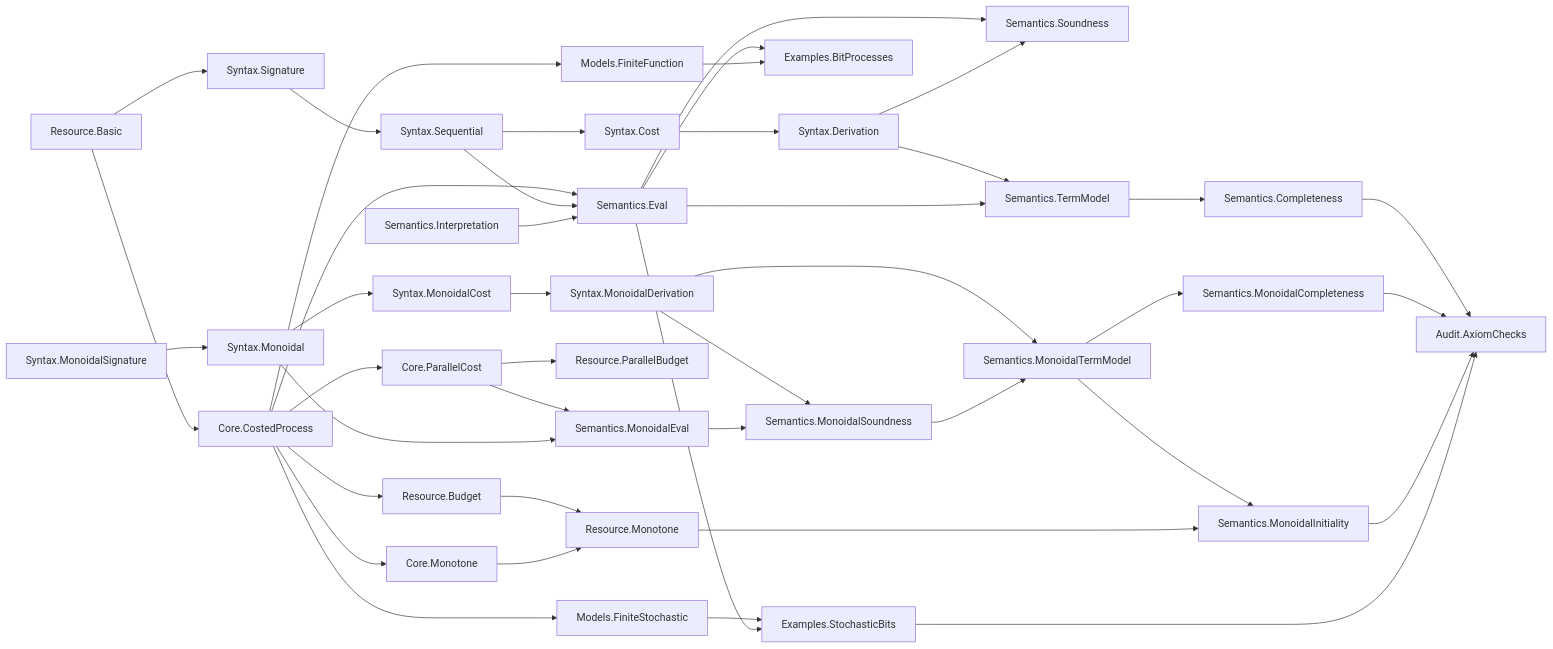
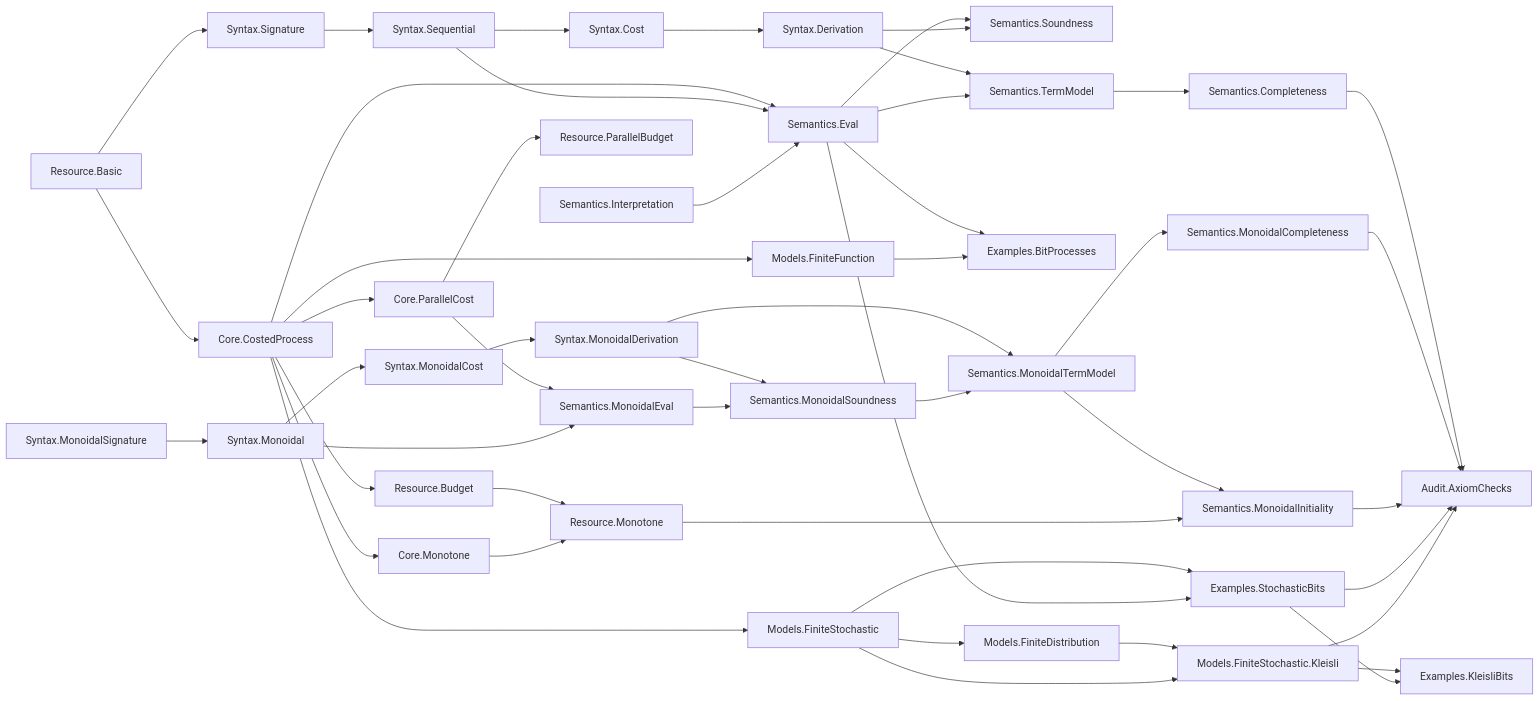
One commit to miuchan/ript changed the diagram in BLUEPRINT.md. Above: the diagram before and after it, drawn with Mermaid. The commit also changed other lines of this file and 13 other files, not shown here.

Commit message:
Prove the finite Kleisli equivalence (#4)

````diff
--- a/BLUEPRINT.md
+++ b/BLUEPRINT.md
@@ -9,44 +9,50 @@
 ```mermaid
 flowchart LR
   Resource["Resource.Basic"] --> Costed["Core.CostedProcess"]
   Costed --> Budget["Resource.Budget"]
   Resource --> Signature["Syntax.Signature"]
   Signature --> Sequential["Syntax.Sequential"]
   Sequential --> Cost["Syntax.Cost"]
   Cost --> Derivation["Syntax.Derivation"]
   Costed --> Eval["Semantics.Eval"]
   Sequential --> Eval
   Interpretation["Semantics.Interpretation"] --> Eval
   Eval --> Soundness["Semantics.Soundness"]
   Derivation --> Soundness
   Derivation --> TermModel["Semantics.TermModel"]
   Eval --> TermModel
   TermModel --> Completeness["Semantics.Completeness"]
   Costed --> FiniteFunction["Models.FiniteFunction"]
   Eval --> BitProcesses["Examples.BitProcesses"]
   FiniteFunction --> BitProcesses["Examples.BitProcesses"]
   Completeness --> Audit["Audit.AxiomChecks"]
   Costed --> ParallelCost["Core.ParallelCost"]
   Costed --> Monotone["Core.Monotone"]
   Budget --> ResourceMonotone["Resource.Monotone"]
   Monotone --> ResourceMonotone
   ParallelCost --> ParallelBudget["Resource.ParallelBudget"]
   MonoidalSignature["Syntax.MonoidalSignature"] --> MonoidalExpr["Syntax.Monoidal"]
   MonoidalExpr --> MonoidalCost["Syntax.MonoidalCost"]
   MonoidalCost --> MonoidalDerivation["Syntax.MonoidalDerivation"]
   ParallelCost --> MonoidalEval["Semantics.MonoidalEval"]
   MonoidalExpr --> MonoidalEval
   MonoidalDerivation --> MonoidalSoundness["Semantics.MonoidalSoundness"]
   MonoidalEval --> MonoidalSoundness
   MonoidalDerivation --> MonoidalTermModel["Semantics.MonoidalTermModel"]
   MonoidalSoundness --> MonoidalTermModel
   MonoidalTermModel --> MonoidalCompleteness["Semantics.MonoidalCompleteness"]
   MonoidalTermModel --> MonoidalInitiality["Semantics.MonoidalInitiality"]
   ResourceMonotone --> MonoidalInitiality
   MonoidalCompleteness --> Audit
   MonoidalInitiality --> Audit
   Costed --> FiniteStochastic["Models.FiniteStochastic"]
   FiniteStochastic --> StochasticBits["Examples.StochasticBits"]
   Eval --> StochasticBits
   StochasticBits --> Audit
+  FiniteStochastic --> FiniteDistribution["Models.FiniteDistribution"]
+  FiniteDistribution --> FiniteKleisli["Models.FiniteStochastic.Kleisli"]
+  FiniteStochastic --> FiniteKleisli
+  FiniteKleisli --> KleisliBits["Examples.KleisliBits"]
+  StochasticBits --> KleisliBits
+  FiniteKleisli --> Audit
 ```
````
